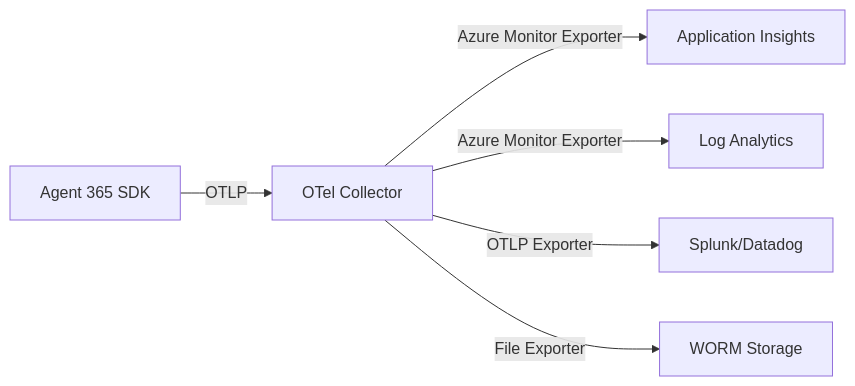
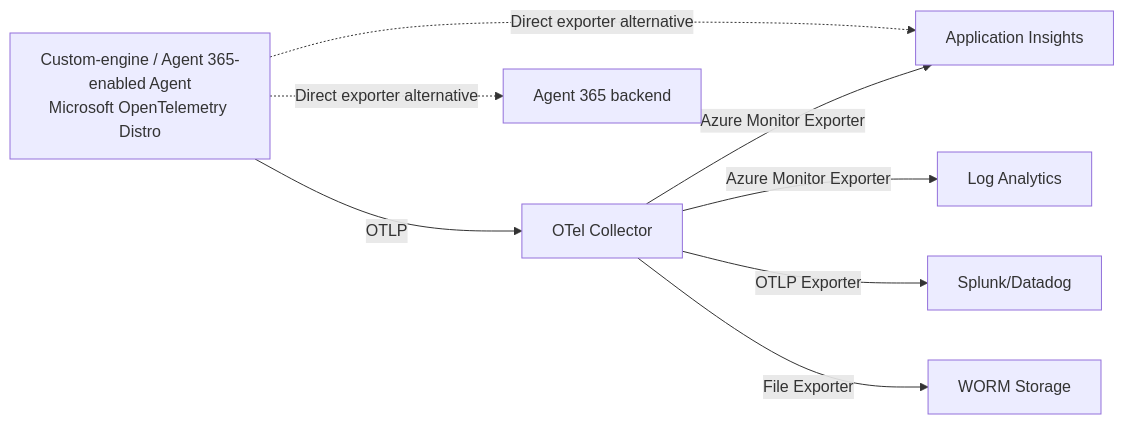
The diagram in docs/playbooks/advanced-implementations/agent-365-observability/opentelemetry-setup.md (judeper/FSI-AgentGov), drawn with Mermaid before and after one commit. The commit also changed other lines of this file and 3 other files, not shown here.

````diff
--- a/docs/playbooks/advanced-implementations/agent-365-observability/opentelemetry-setup.md
+++ b/docs/playbooks/advanced-implementations/agent-365-observability/opentelemetry-setup.md
@@ -15,8 +18,10 @@
 ```mermaid
 flowchart LR
-    A[Agent 365 SDK] -->|OTLP| B[OTel Collector]
-    B -->|Azure Monitor Exporter| C[Application Insights]
+    A[Custom-engine / Agent 365-enabled Agent<br/>Microsoft OpenTelemetry Distro] -->|OTLP| B[OTel Collector]
+    A -.->|Direct exporter alternative| C[Application Insights]
+    A -.->|Direct exporter alternative| Z[Agent 365 backend]
+    B -->|Azure Monitor Exporter| C
     B -->|Azure Monitor Exporter| D[Log Analytics]
     B -->|OTLP Exporter| E[Splunk/Datadog]
     B -->|File Exporter| F[WORM Storage]
 ```
````
